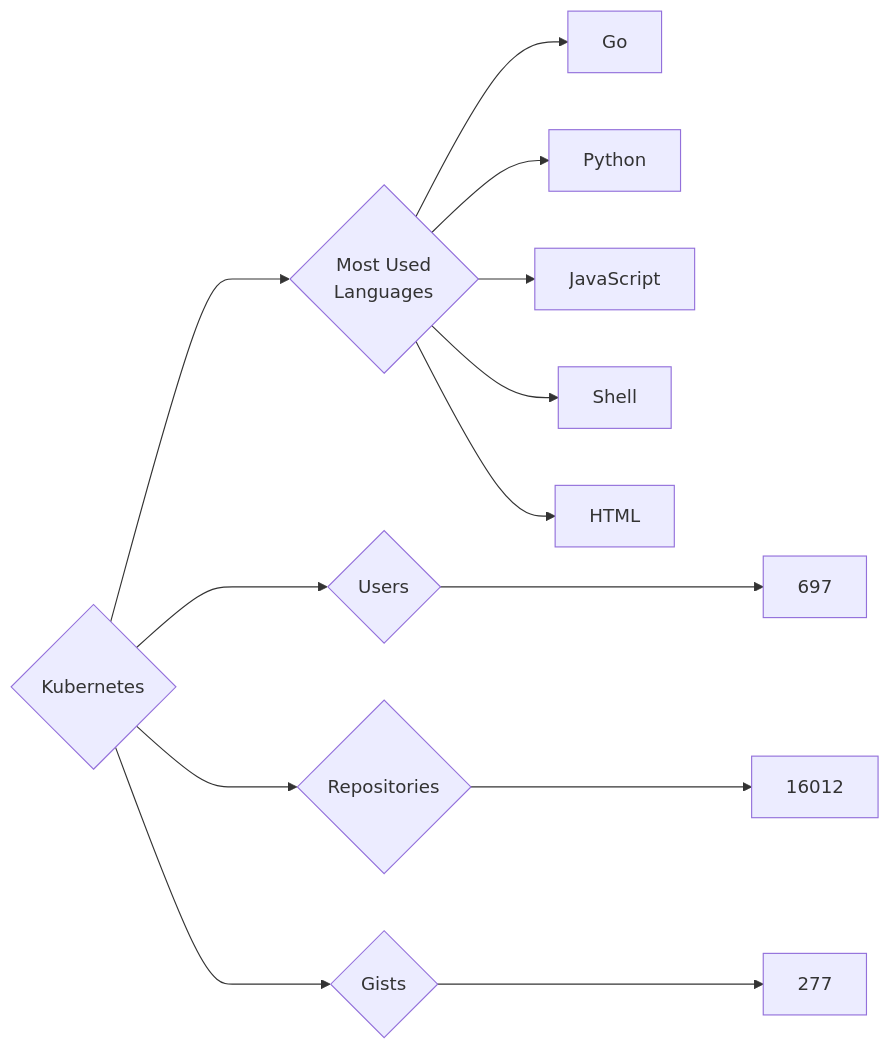
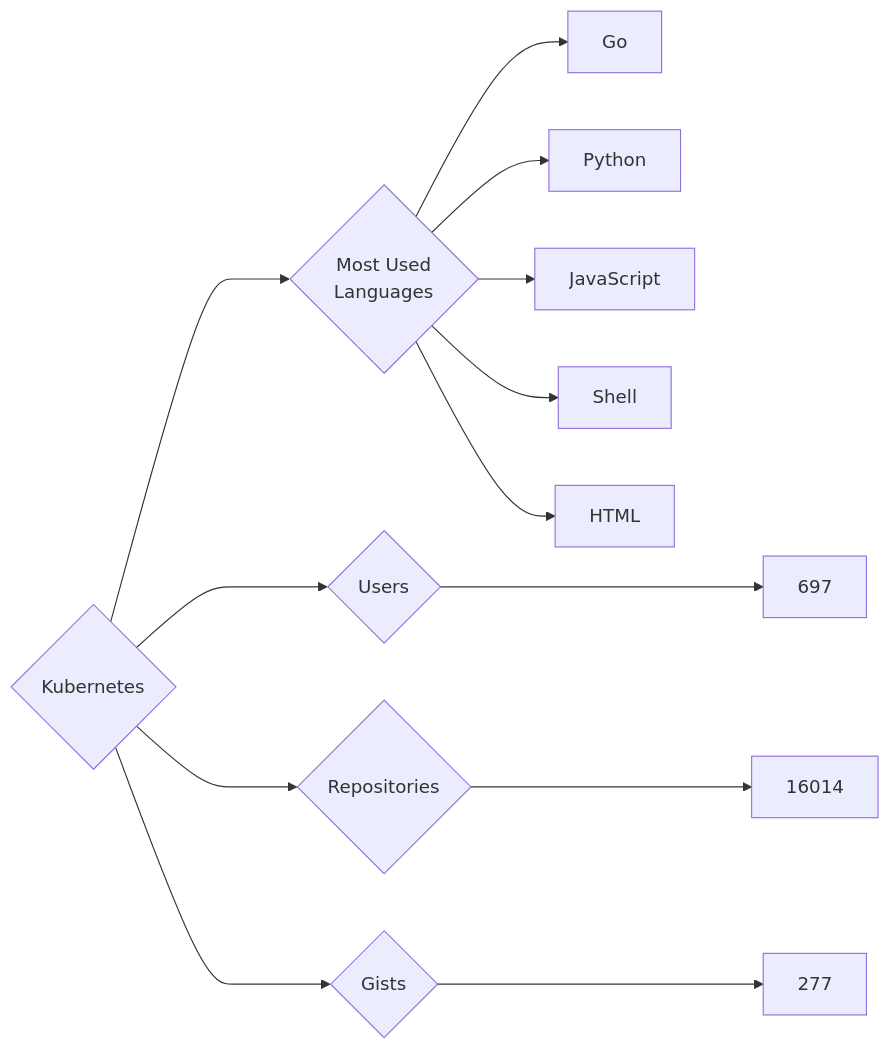
The diagram in targets/Kubernetes/README.md (trickest/insiders), drawn with Mermaid before and after one commit. The commit also changed 640 other files, not shown here.

````diff
--- a/targets/Kubernetes/README.md
+++ b/targets/Kubernetes/README.md
@@ -3,13 +3,13 @@
 ```mermaid
 graph LR
 COMPANY_NAME{Kubernetes}
 COMPANY_NAME ---> U{Users} ---> UN[697]
-COMPANY_NAME ---> R{Repositories} ---> RN[16012]
+COMPANY_NAME ---> R{Repositories} ---> RN[16014]
 COMPANY_NAME ---> G{Gists} ---> GN[277]
 COMPANY_NAME ---> ML{Most Used<br>Languages}
 ML --> Go[Go]
 ML --> Python[Python]
 ML --> JavaScript[JavaScript]
 ML --> Shell[Shell]
 ML --> HTML[HTML]
 ```
````
